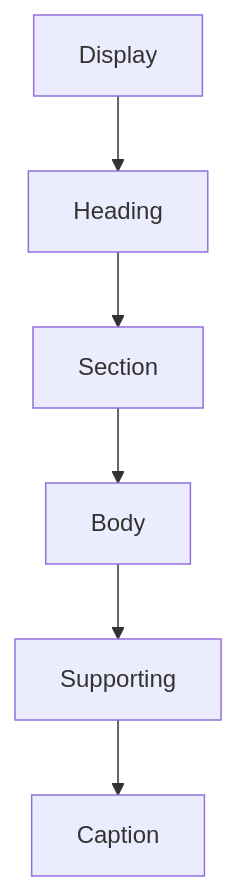
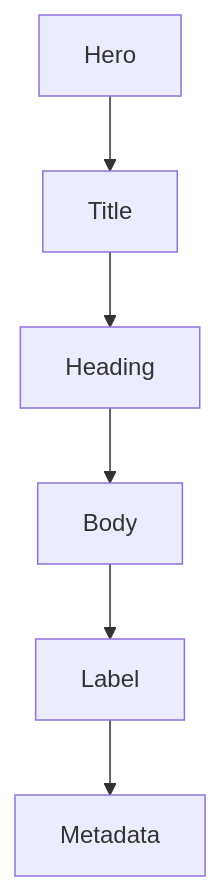
One commit to mosaic-media/mosaic-architecture changed the diagram in docs/design/system/mds-004-typography-system/02-editorial-hierarchy.md. Above: the diagram before and after it, drawn with Mermaid. The commit also changed other lines of this file and 13 other files, not shown here.

````diff
--- a/docs/design/system/mds-004-typography-system/02-editorial-hierarchy.md
+++ b/docs/design/system/mds-004-typography-system/02-editorial-hierarchy.md
@@ -167,16 +57,16 @@
 ```mermaid
 flowchart TD
 
-N1["Display"]
-N2["Heading"]
-N3["Section"]
+N1["Hero"]
+N2["Title"]
+N3["Heading"]
 N4["Body"]
-N5["Supporting"]
-N6["Caption"]
+N5["Label"]
+N6["Metadata"]
 
 N1 --> N2
 N2 --> N3
 N3 --> N4
 N4 --> N5
 N5 --> N6
 ```
````
